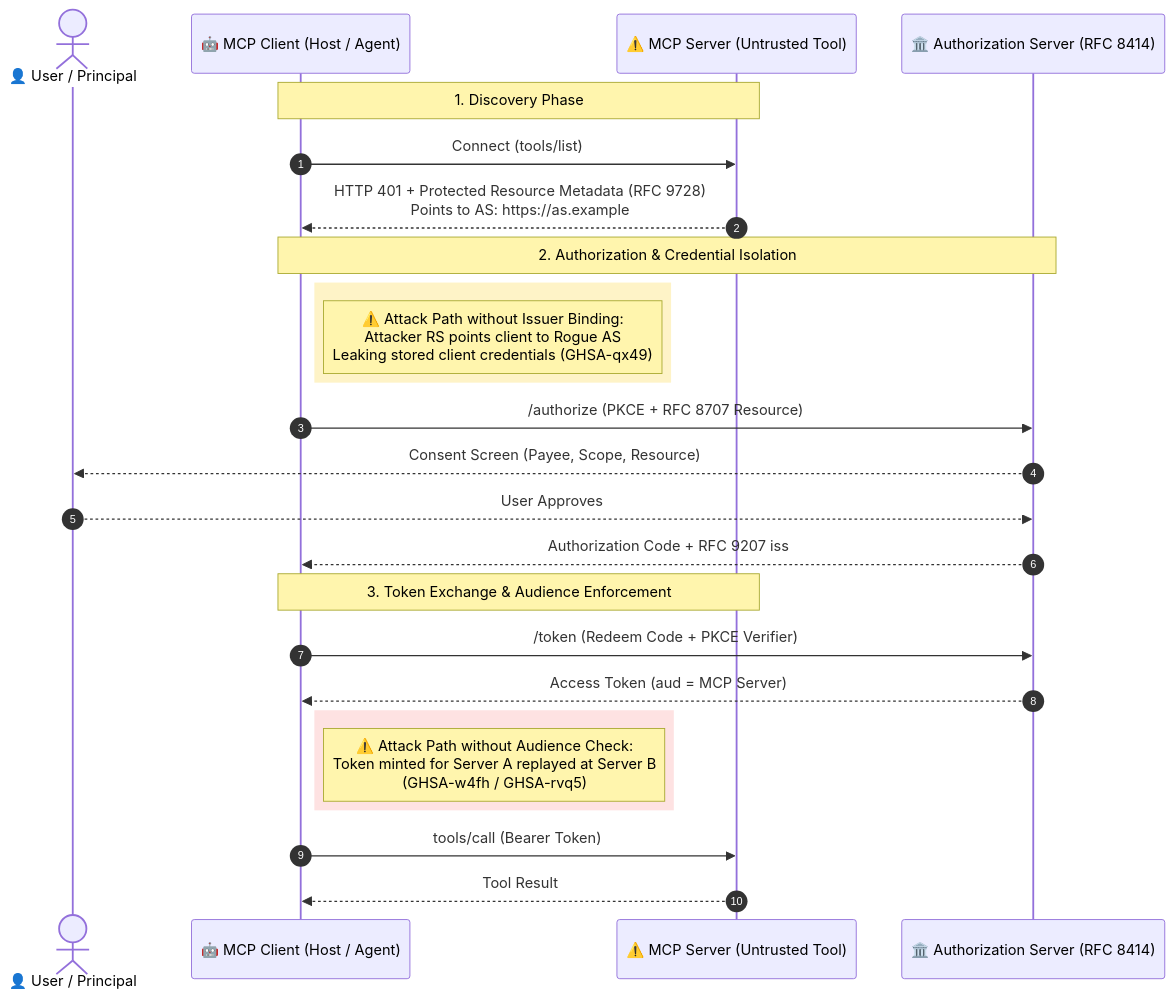
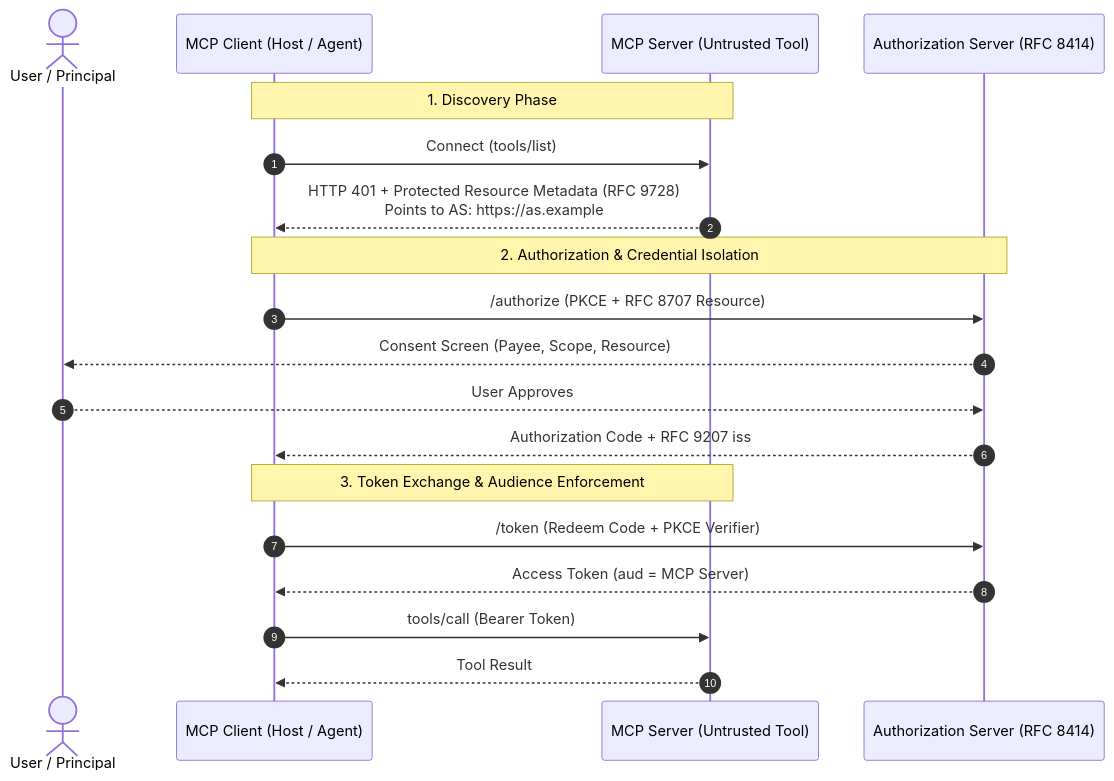
The first of 2 diagrams in blog/2026-11-ietf127-mcp-authorization.mdx (HarshThumar/mcp-auth-tamarin), drawn with Mermaid before and after one commit. The commit also changed other lines of this file and 2 other files, not shown here.

````diff
--- a/blog/2026-11-ietf127-mcp-authorization.mdx
+++ b/blog/2026-11-ietf127-mcp-authorization.mdx
@@ -20,30 +17,24 @@
 ```mermaid
 sequenceDiagram
     autonumber
-    actor User as 👤 User / Principal
-    participant Client as 🤖 MCP Client (Host / Agent)
-    participant RS as ⚠️ MCP Server (Untrusted Tool)
-    participant AS as 🏛️ Authorization Server (RFC 8414)
+    actor User as User / Principal
+    participant Client as MCP Client (Host / Agent)
+    participant RS as MCP Server (Untrusted Tool)
+    participant AS as Authorization Server (RFC 8414)
 
     Note over Client,RS: 1. Discovery Phase
     Client->>RS: Connect (tools/list)
     RS-->>Client: HTTP 401 + Protected Resource Metadata (RFC 9728)<br/>Points to AS: https://as.example
 
     Note over Client,AS: 2. Authorization & Credential Isolation
-    rect rgb(254, 243, 199)
-    Note right of Client: ⚠️ Attack Path without Issuer Binding:<br/>Attacker RS points client to Rogue AS<br/>Leaking stored client credentials (GHSA-qx49)
-    end
     Client->>AS: /authorize (PKCE + RFC 8707 Resource)
     AS-->>User: Consent Screen (Payee, Scope, Resource)
     User-->>AS: User Approves
     AS-->>Client: Authorization Code + RFC 9207 iss
 
     Note over Client,RS: 3. Token Exchange & Audience Enforcement
     Client->>AS: /token (Redeem Code + PKCE Verifier)
     AS-->>Client: Access Token (aud = MCP Server)
-    rect rgb(254, 226, 226)
-    Note right of Client: ⚠️ Attack Path without Audience Check:<br/>Token minted for Server A replayed at Server B<br/>(GHSA-w4fh / GHSA-rvq5)
-    end
     Client->>RS: tools/call (Bearer Token)
     RS-->>Client: Tool Result
 ```
````
